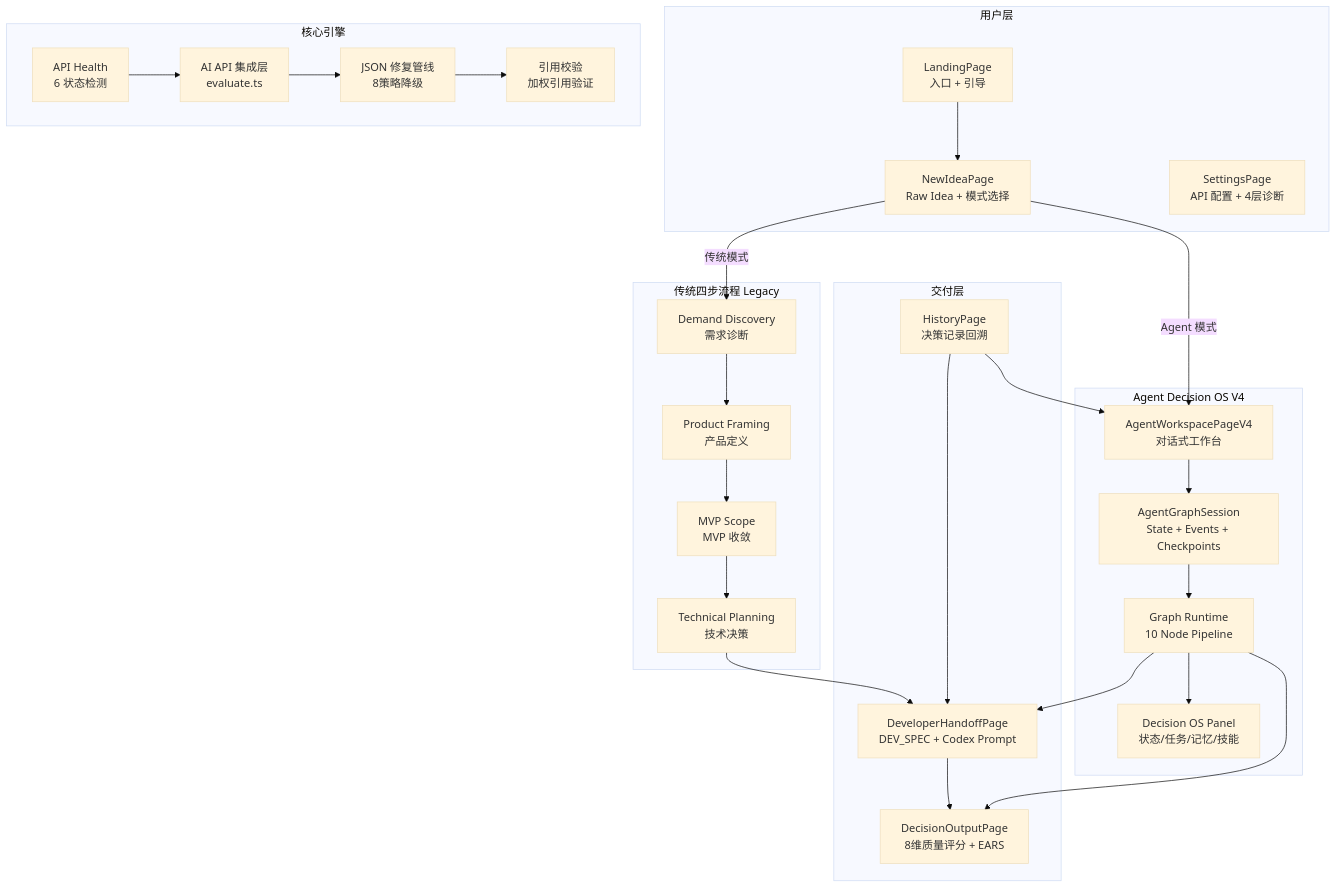
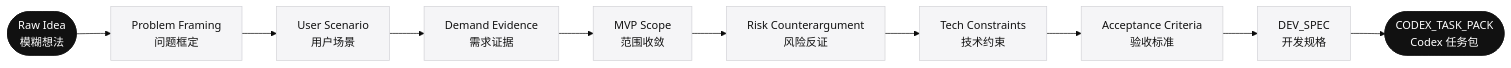
Before and after one commit to liuanye9-lab/vibe-product-framing-web: the first of 6 diagrams in README.md, drawn with Mermaid (base theme). The commit also changed other lines of this file, not shown here.

````diff
--- a/README.md
+++ b/README.md
@@ -25,49 +62,23 @@
 ```mermaid
-graph TB
-    subgraph "用户层"
-        A[LandingPage<br/>入口 + 引导]
-        B[NewIdeaPage<br/>Raw Idea + 模式选择]
-        C[SettingsPage<br/>API 配置 + 4层诊断]
-    end
+flowchart LR
+    A([Raw Idea<br/>模糊想法]) --> B[Problem Framing<br/>问题框定]
+    B --> C[User Scenario<br/>用户场景]
+    C --> D[Demand Evidence<br/>需求证据]
+    D --> E[MVP Scope<br/>范围收敛]
+    E --> F[Risk Counterargument<br/>风险反证]
+    F --> G[Tech Constraints<br/>技术约束]
+    G --> H[Acceptance Criteria<br/>验收标准]
+    H --> I[DEV_SPEC<br/>开发规格]
+    I --> J([CODEX_TASK_PACK<br/>Codex 任务包])
 
-    subgraph "Agent Decision OS V4"
-        D[AgentWorkspacePageV4<br/>对话式工作台]
-        D1[AgentGraphSession<br/>State + Events + Checkpoints]
-        D2[Graph Runtime<br/>10 Node Pipeline]
-        D3[Decision OS Panel<br/>状态/任务/记忆/技能]
-    end
-
-    subgraph "传统四步流程 Legacy"
-        E[Demand Discovery<br/>需求诊断]
-        F[Product Framing<br/>产品定义]
-        G[MVP Scope<br/>MVP 收敛]
-        H[Technical Planning<br/>技术决策]
-    end
-
-    subgraph "交付层"
-        I[DeveloperHandoffPage<br/>DEV_SPEC + Codex Prompt]
-        J[DecisionOutputPage<br/>8维质量评分 + EARS]
-        K[HistoryPage<br/>决策记录回溯]
-    end
-
-    subgraph "核心引擎"
-        L[AI API 集成层<br/>evaluate.ts]
-        M[JSON 修复管线<br/>8策略降级]
-        N[引用校验<br/>加权引用验证]
-        O[API Health<br/>6 状态检测]
-    end
-
-    A --> B
-    B -->|Agent 模式| D
-    B -->|传统模式| E
-    D --> D1 --> D2 --> D3
-    E --> F --> G --> H
-    H --> I
-    I --> J
-    D2 --> I
-    D2 --> J
-    K --> D
-    K --> I
-    L --> M --> N
-    O --> L
+    style A fill:#111,color:#fff,stroke:#111
+    style J fill:#111,color:#fff,stroke:#111
+    style B fill:#f5f5f7,color:#111,stroke:#d2d2d7
+    style C fill:#f5f5f7,color:#111,stroke:#d2d2d7
+    style D fill:#f5f5f7,color:#111,stroke:#d2d2d7
+    style E fill:#f5f5f7,color:#111,stroke:#d2d2d7
+    style F fill:#f5f5f7,color:#111,stroke:#d2d2d7
+    style G fill:#f5f5f7,color:#111,stroke:#d2d2d7
+    style H fill:#f5f5f7,color:#111,stroke:#d2d2d7
+    style I fill:#f5f5f7,color:#111,stroke:#d2d2d7
 ```
````
